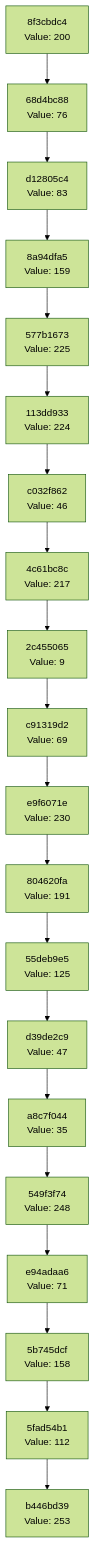
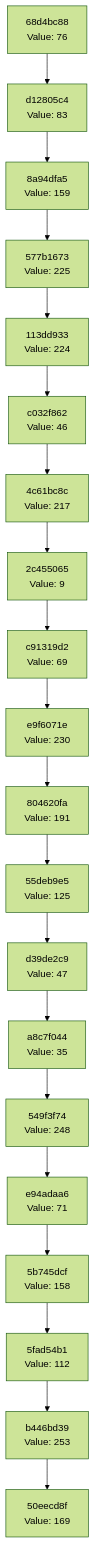
One commit to Abhisheksinha1506/hash-chain-evolver changed the diagram in docs/CHAIN_VISUALIZATION.md. Above: the diagram before and after it, drawn with Mermaid (forest theme). The commit also changed 1 other file, not shown here.

Commit message:
Evolution Step

````diff
--- a/docs/CHAIN_VISUALIZATION.md
+++ b/docs/CHAIN_VISUALIZATION.md
@@ -3,42 +3,42 @@
 ```mermaid
 graph TD
-    C0["b446bd39<br/>Value: 253"]
-    C1["5fad54b1<br/>Value: 112"]
+    C0["50eecd8f<br/>Value: 169"]
+    C1["b446bd39<br/>Value: 253"]
     C1 --> C0
-    C2["5b745dcf<br/>Value: 158"]
+    C2["5fad54b1<br/>Value: 112"]
     C2 --> C1
-    C3["e94adaa6<br/>Value: 71"]
+    C3["5b745dcf<br/>Value: 158"]
     C3 --> C2
-    C4["549f3f74<br/>Value: 248"]
+    C4["e94adaa6<br/>Value: 71"]
     C4 --> C3
-    C5["a8c7f044<br/>Value: 35"]
+    C5["549f3f74<br/>Value: 248"]
     C5 --> C4
-    C6["d39de2c9<br/>Value: 47"]
+    C6["a8c7f044<br/>Value: 35"]
     C6 --> C5
-    C7["55deb9e5<br/>Value: 125"]
+    C7["d39de2c9<br/>Value: 47"]
     C7 --> C6
-    C8["804620fa<br/>Value: 191"]
+    C8["55deb9e5<br/>Value: 125"]
     C8 --> C7
-    C9["e9f6071e<br/>Value: 230"]
+    C9["804620fa<br/>Value: 191"]
     C9 --> C8
-    C10["c91319d2<br/>Value: 69"]
+    C10["e9f6071e<br/>Value: 230"]
     C10 --> C9
-    C11["2c455065<br/>Value: 9"]
+    C11["c91319d2<br/>Value: 69"]
     C11 --> C10
-    C12["4c61bc8c<br/>Value: 217"]
+    C12["2c455065<br/>Value: 9"]
     C12 --> C11
-    C13["c032f862<br/>Value: 46"]
+    C13["4c61bc8c<br/>Value: 217"]
     C13 --> C12
-    C14["113dd933<br/>Value: 224"]
+    C14["c032f862<br/>Value: 46"]
     C14 --> C13
-    C15["577b1673<br/>Value: 225"]
+    C15["113dd933<br/>Value: 224"]
     C15 --> C14
-    C16["8a94dfa5<br/>Value: 159"]
+    C16["577b1673<br/>Value: 225"]
     C16 --> C15
-    C17["d12805c4<br/>Value: 83"]
+    C17["8a94dfa5<br/>Value: 159"]
     C17 --> C16
-    C18["68d4bc88<br/>Value: 76"]
+    C18["d12805c4<br/>Value: 83"]
     C18 --> C17
-    C19["8f3cbdc4<br/>Value: 200"]
+    C19["68d4bc88<br/>Value: 76"]
     C19 --> C18
 ```
````
